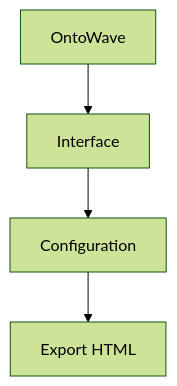
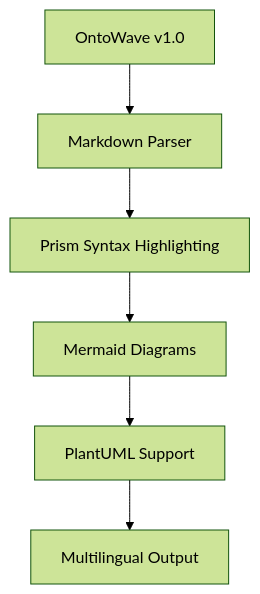
One commit to stephanedenis/OntoWave changed the first of 2 diagrams in docs/index.md. Above: the diagram before and after it, drawn with Mermaid (forest theme). The commit also changed other lines of this file and 18 other files, not shown here.

First line of the commit message:
🚀 OntoWave v1.0.0 - Version minimale pour NPM

````diff
--- a/docs/index.md
+++ b/docs/index.md
@@ -113,6 +131,8 @@
 ```mermaid
 graph TD
-    A[OntoWave] --> B[Interface]
-    B --> C[Configuration]
-    C --> D[Export HTML]
+    A[OntoWave v1.0] --> B[Markdown Parser]
+    B --> C[Prism Syntax Highlighting]
+    C --> D[Mermaid Diagrams]
+    D --> E[PlantUML Support]
+    E --> F[Multilingual Output]
 ```
````
